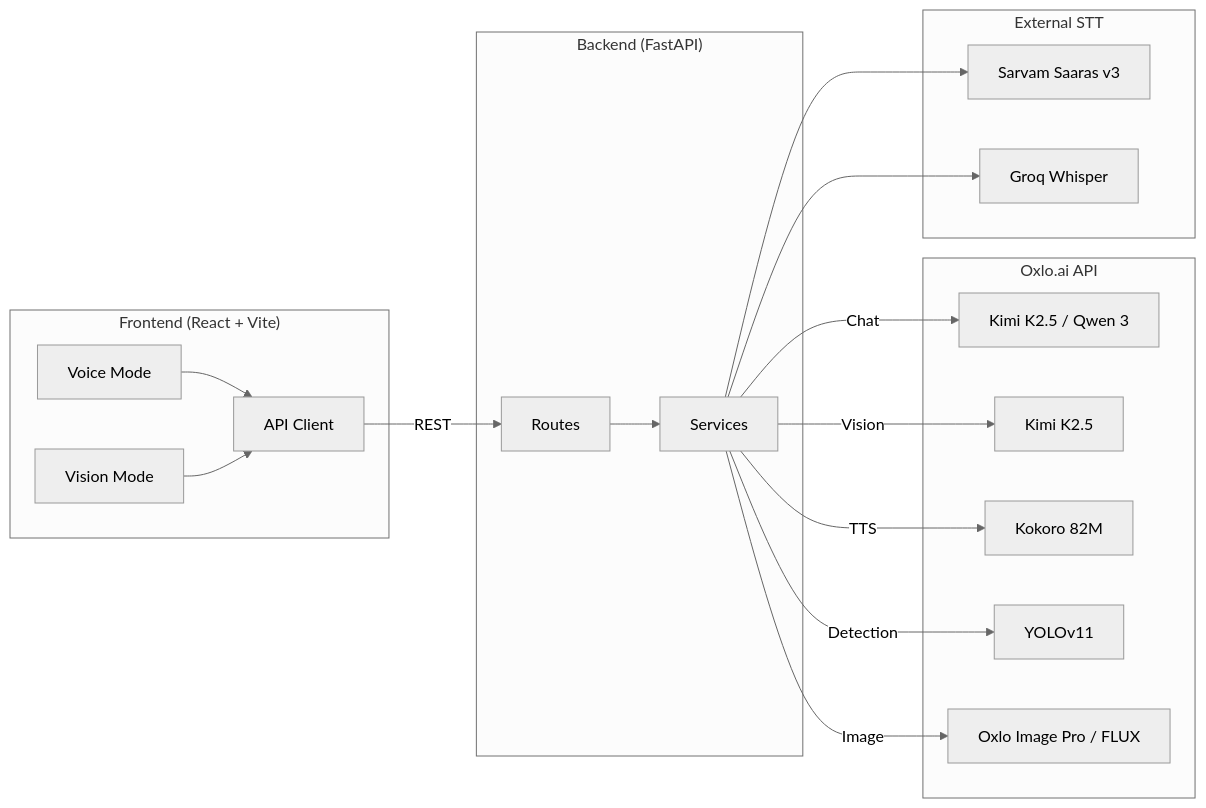
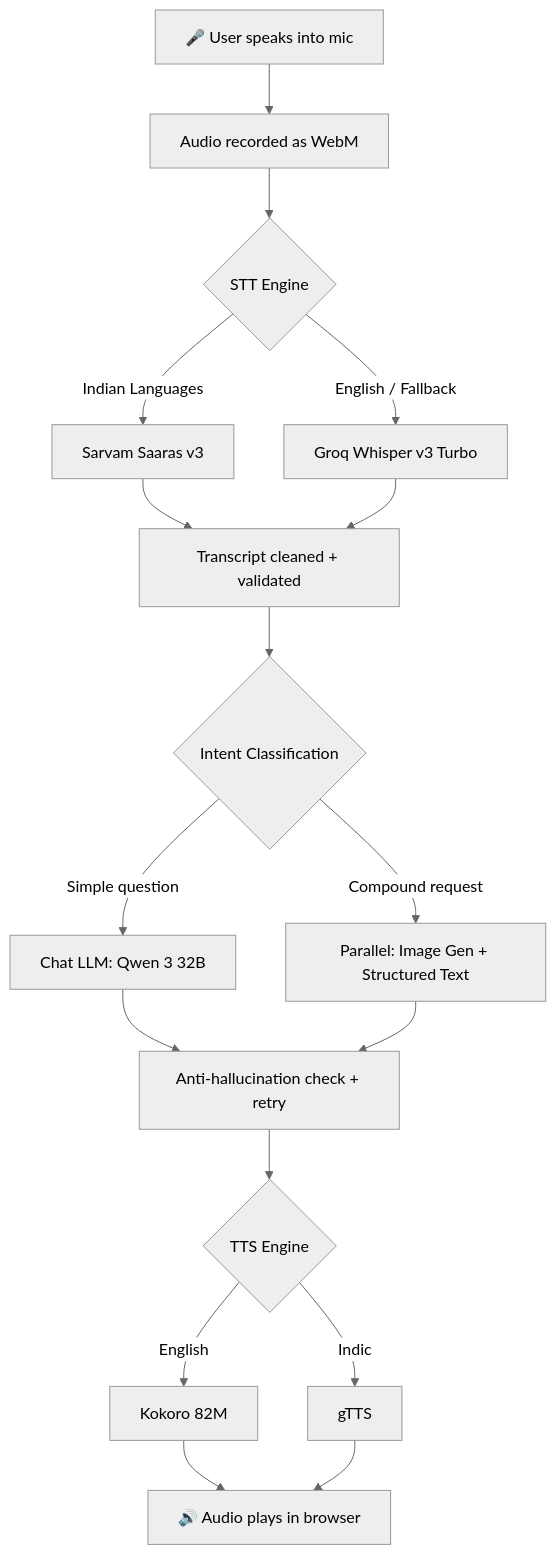
Before and after one commit to pavithra-hn/-Oxlo-VoxVision.ai: the first of 2 diagrams in README.md, drawn with Mermaid (neutral theme). The commit also changed other lines of this file, not shown here.

Commit message:
docs: separate Voice and Vision flow diagrams, remove dashes, list all models

````diff
--- a/README.md
+++ b/README.md
@@ -63,25 +65,19 @@
 ```mermaid
-flowchart LR
-    subgraph Frontend["Frontend (React + Vite)"]
-        A["Voice Mode"] --> B["API Client"]
-        C["Vision Mode"] --> B
-    end
-
-    subgraph Backend["Backend (FastAPI)"]
-        B -->|"REST"| D["Routes"]
-        D --> E["Services"]
-    end
-
-    subgraph Models["Oxlo.ai API"]
-        E -->|"Chat"| F["Kimi K2.5 / Qwen 3"]
-        E -->|"Vision"| G["Kimi K2.5"]
-        E -->|"TTS"| H["Kokoro 82M"]
-        E -->|"Detection"| I["YOLOv11"]
-        E -->|"Image"| J["Oxlo Image Pro / FLUX"]
-    end
-
-    subgraph STT["External STT"]
-        E --> K["Sarvam Saaras v3"]
-        E --> L["Groq Whisper"]
-    end
+flowchart TD
+    A["🎤 User speaks into mic"] --> B["Audio recorded as WebM"]
+    B --> C{"STT Engine"}
+    C -->|"Indian Languages"| D["Sarvam Saaras v3"]
+    C -->|"English / Fallback"| E["Groq Whisper v3 Turbo"]
+    D --> F["Transcript cleaned + validated"]
+    E --> F
+    F --> G{"Intent Classification"}
+    G -->|"Simple question"| H["Chat LLM: Qwen 3 32B"]
+    G -->|"Compound request"| I["Parallel: Image Gen + Structured Text"]
+    H --> J["Anti-hallucination check + retry"]
+    I --> J
+    J --> K{"TTS Engine"}
+    K -->|"English"| L["Kokoro 82M"]
+    K -->|"Indic"| M["gTTS"]
+    L --> N["🔊 Audio plays in browser"]
+    M --> N
 ```
````
